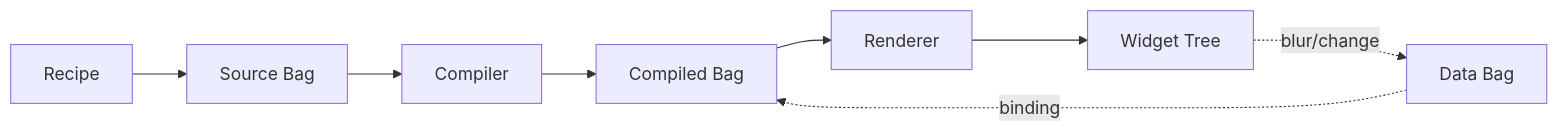
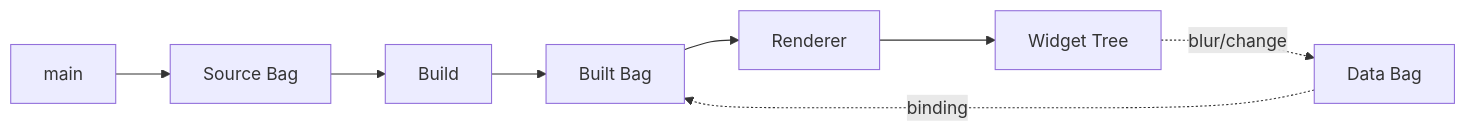
One commit to genropy/genro-textual changed the diagram in docs/index.md. Above: the diagram before and after it, drawn with Mermaid. The commit also changed other lines of this file and 29 other files, not shown here.

First line of the commit message:
refactor: align with genro-builders v0.12.0 BuilderManager architecture

````diff
--- a/docs/index.md
+++ b/docs/index.md
@@ -40,10 +39,10 @@
 ```mermaid
 graph LR
-    R[Recipe] --> S[Source Bag]
-    S --> C[Compiler]
-    C --> CB[Compiled Bag]
-    CB --> RE[Renderer]
+    R[main] --> S[Source Bag]
+    S --> B[Build]
+    B --> BB[Built Bag]
+    BB --> RE[Renderer]
     RE --> W[Widget Tree]
-    D[Data Bag] -.->|binding| CB
+    D[Data Bag] -.->|binding| BB
     W -.->|blur/change| D
 ```
````
